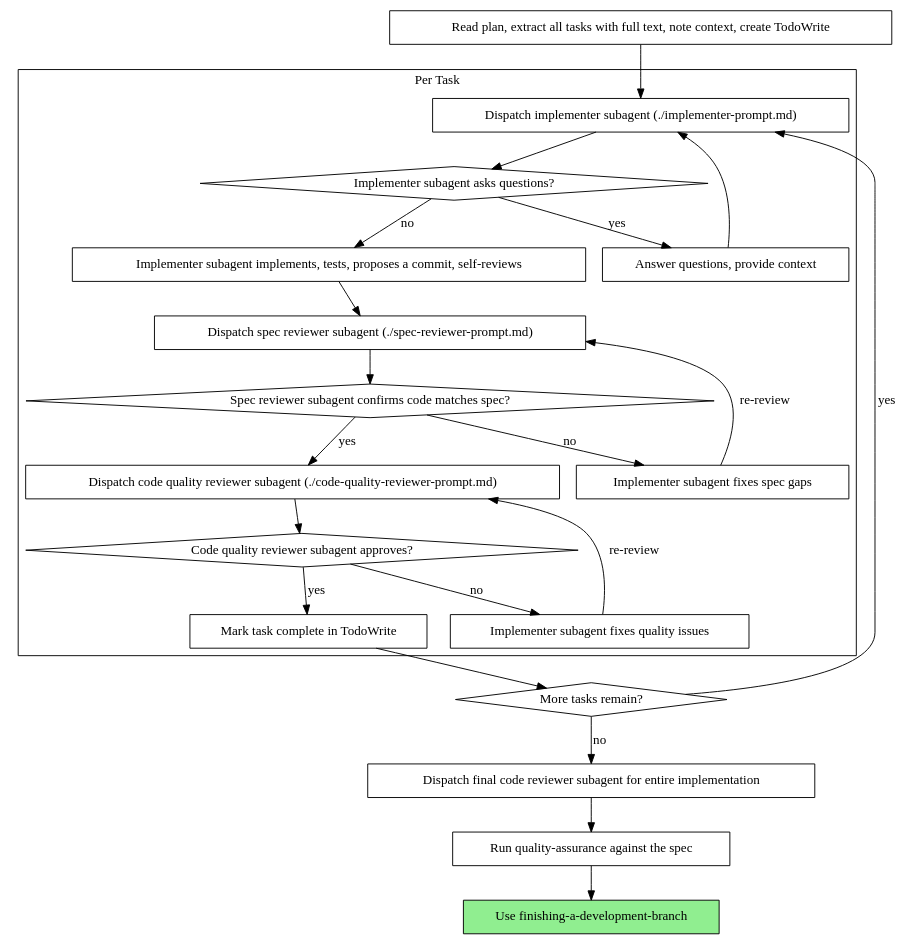
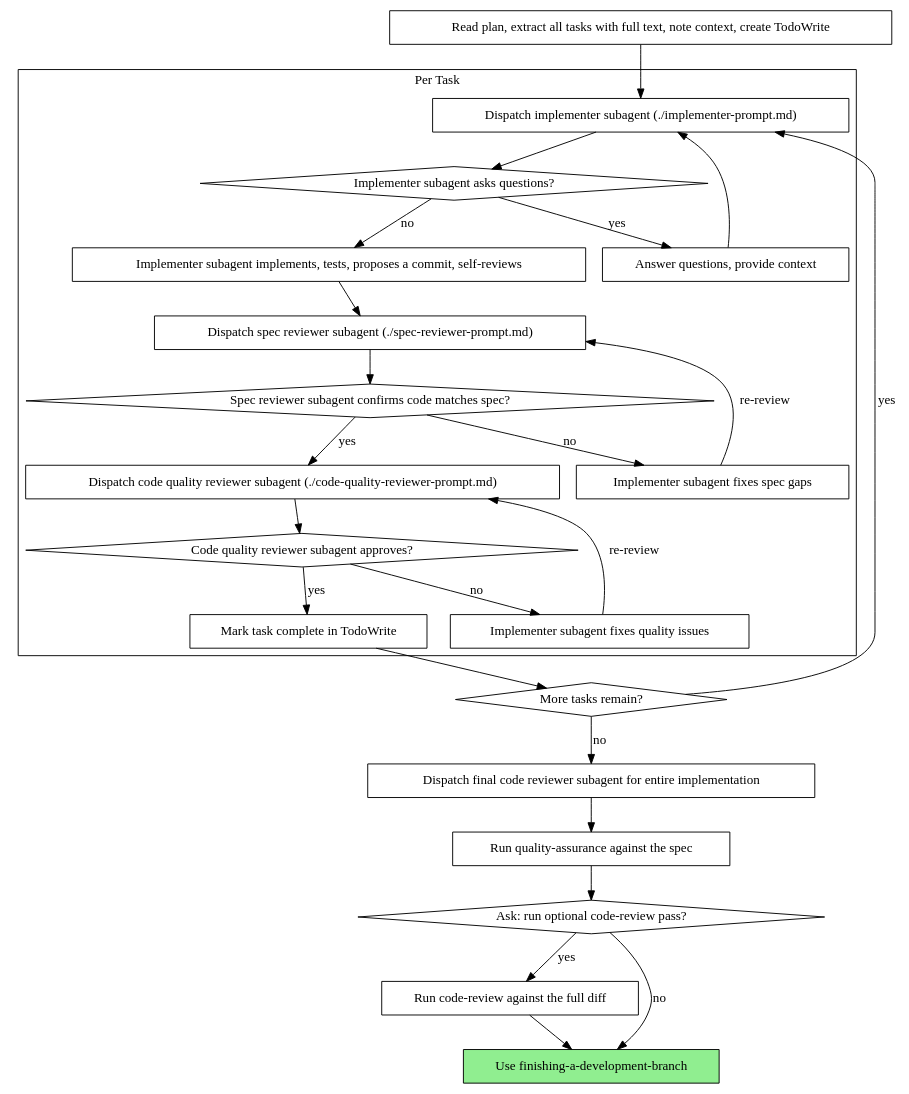
The second of 2 diagrams in skills/subagent-driven-development/SKILL.md (Ghosteken/agent-harness), drawn with Graphviz before and after one commit. The commit also changed other lines of this file and 38 other files, not shown here.

First line of the commit message:
refactor: rename code-review-and-quality to code-review across codebase

````diff
--- a/skills/subagent-driven-development/SKILL.md
+++ b/skills/subagent-driven-development/SKILL.md
@@ -46,46 +46,51 @@
 ```dot
 digraph process {
     rankdir=TB;
 
     subgraph cluster_per_task {
         label="Per Task";
         "Dispatch implementer subagent (./implementer-prompt.md)" [shape=box];
         "Implementer subagent asks questions?" [shape=diamond];
         "Answer questions, provide context" [shape=box];
         "Implementer subagent implements, tests, proposes a commit, self-reviews" [shape=box];
         "Dispatch spec reviewer subagent (./spec-reviewer-prompt.md)" [shape=box];
         "Spec reviewer subagent confirms code matches spec?" [shape=diamond];
         "Implementer subagent fixes spec gaps" [shape=box];
         "Dispatch code quality reviewer subagent (./code-quality-reviewer-prompt.md)" [shape=box];
         "Code quality reviewer subagent approves?" [shape=diamond];
         "Implementer subagent fixes quality issues" [shape=box];
         "Mark task complete in TodoWrite" [shape=box];
     }
 
     "Read plan, extract all tasks with full text, note context, create TodoWrite" [shape=box];
     "More tasks remain?" [shape=diamond];
     "Dispatch final code reviewer subagent for entire implementation" [shape=box];
     "Run quality-assurance against the spec" [shape=box];
+    "Ask: run optional code-review pass?" [shape=diamond];
+    "Run code-review against the full diff" [shape=box];
     "Use finishing-a-development-branch" [shape=box style=filled fillcolor=lightgreen];
 
     "Read plan, extract all tasks with full text, note context, create TodoWrite" -> "Dispatch implementer subagent (./implementer-prompt.md)";
     "Dispatch implementer subagent (./implementer-prompt.md)" -> "Implementer subagent asks questions?";
     "Implementer subagent asks questions?" -> "Answer questions, provide context" [label="yes"];
     "Answer questions, provide context" -> "Dispatch implementer subagent (./implementer-prompt.md)";
     "Implementer subagent asks questions?" -> "Implementer subagent implements, tests, proposes a commit, self-reviews" [label="no"];
     "Implementer subagent implements, tests, proposes a commit, self-reviews" -> "Dispatch spec reviewer subagent (./spec-reviewer-prompt.md)";
     "Dispatch spec reviewer subagent (./spec-reviewer-prompt.md)" -> "Spec reviewer subagent confirms code matches spec?";
     "Spec reviewer subagent confirms code matches spec?" -> "Implementer subagent fixes spec gaps" [label="no"];
     "Implementer subagent fixes spec gaps" -> "Dispatch spec reviewer subagent (./spec-reviewer-prompt.md)" [label="re-review"];
     "Spec reviewer subagent confirms code matches spec?" -> "Dispatch code quality reviewer subagent (./code-quality-reviewer-prompt.md)" [label="yes"];
     "Dispatch code quality reviewer subagent (./code-quality-reviewer-prompt.md)" -> "Code quality reviewer subagent approves?";
     "Code quality reviewer subagent approves?" -> "Implementer subagent fixes quality issues" [label="no"];
     "Implementer subagent fixes quality issues" -> "Dispatch code quality reviewer subagent (./code-quality-reviewer-prompt.md)" [label="re-review"];
     "Code quality reviewer subagent approves?" -> "Mark task complete in TodoWrite" [label="yes"];
     "Mark task complete in TodoWrite" -> "More tasks remain?";
     "More tasks remain?" -> "Dispatch implementer subagent (./implementer-prompt.md)" [label="yes"];
     "More tasks remain?" -> "Dispatch final code reviewer subagent for entire implementation" [label="no"];
     "Dispatch final code reviewer subagent for entire implementation" -> "Run quality-assurance against the spec";
-    "Run quality-assurance against the spec" -> "Use finishing-a-development-branch";
+    "Run quality-assurance against the spec" -> "Ask: run optional code-review pass?";
+    "Ask: run optional code-review pass?" -> "Run code-review against the full diff" [label="yes"];
+    "Run code-review against the full diff" -> "Use finishing-a-development-branch";
+    "Ask: run optional code-review pass?" -> "Use finishing-a-development-branch" [label="no"];
 }
 ```
````
